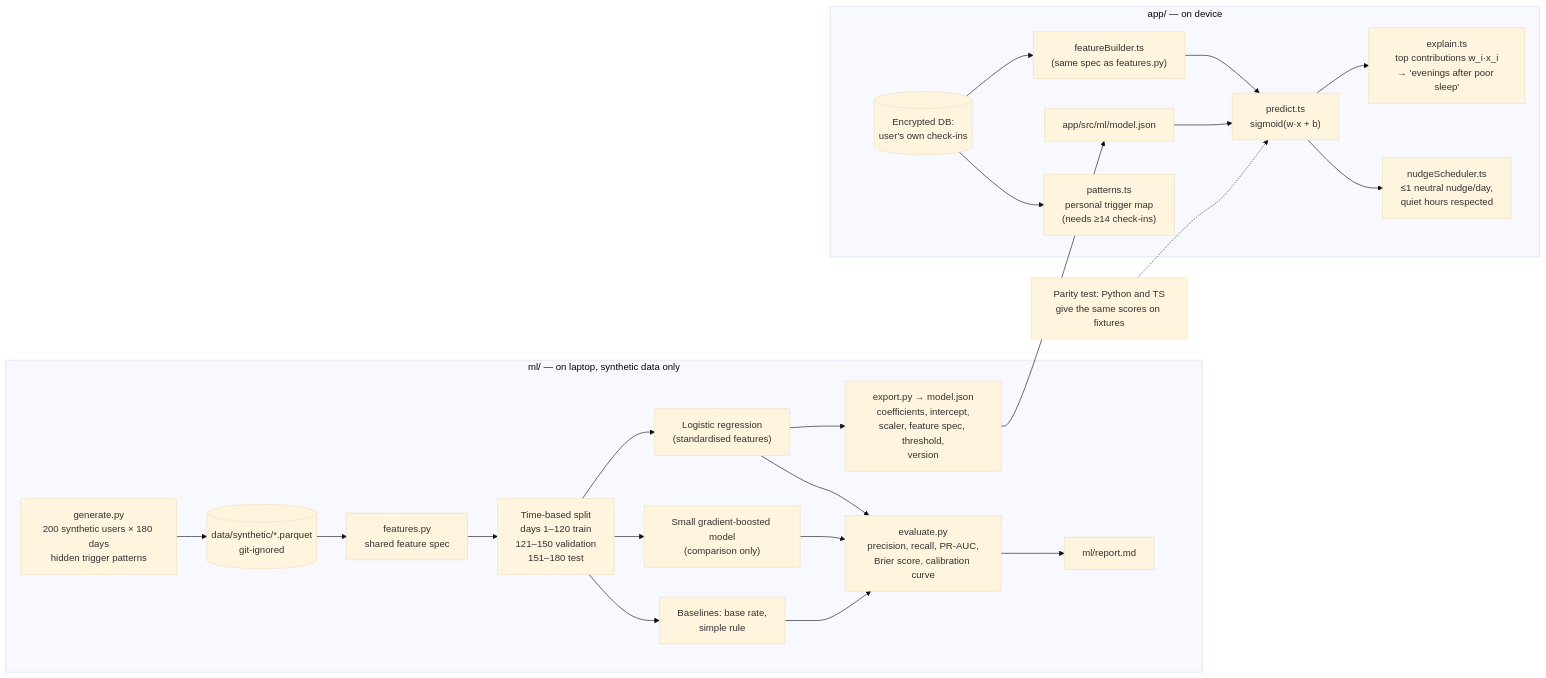
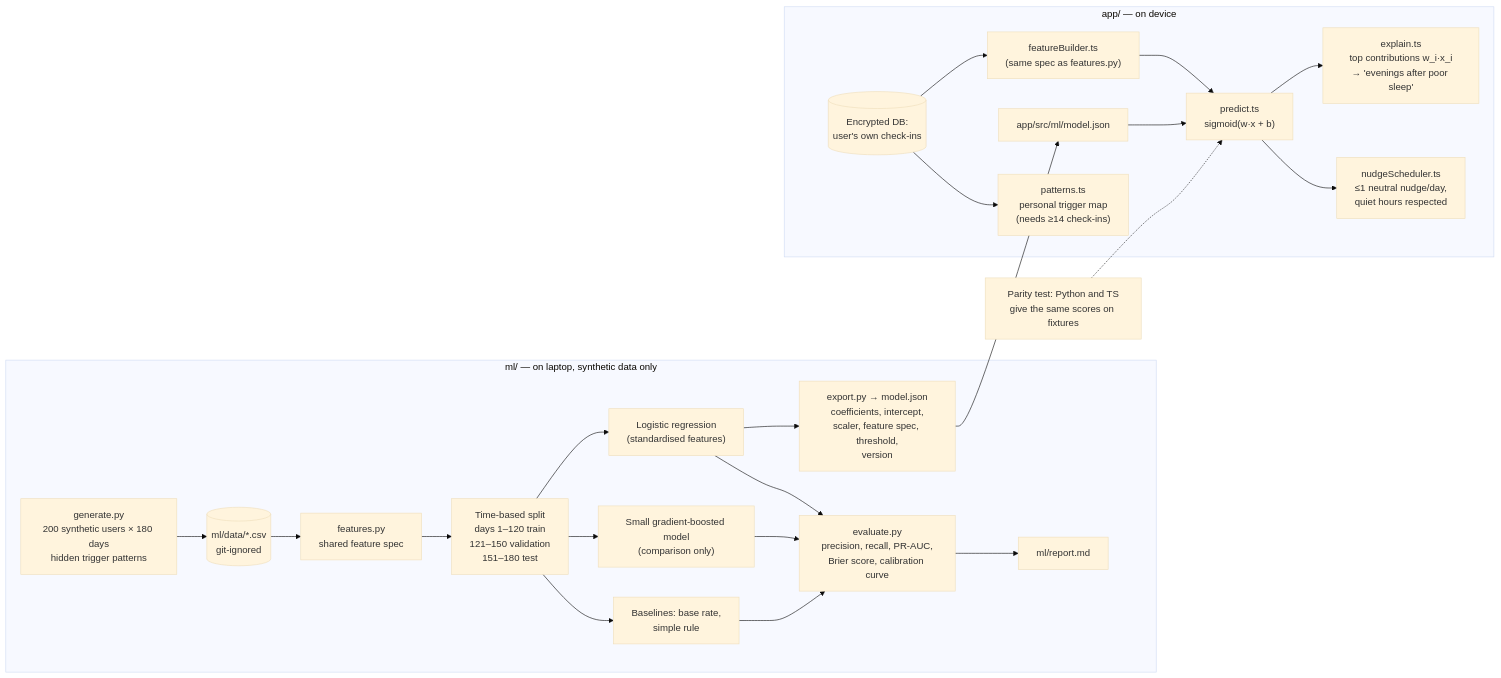
One commit to Irasha-Senarathna/recovery-companion changed the third of 4 diagrams in docs/architecture.md. Above: the diagram before and after it, drawn with Mermaid (base theme). The commit also changed other lines of this file and 110 other files, not shown here.

First line of the commit message:
feat: craving SOS (M3) and daily check-in with synthetic data (M4)

````diff
--- a/docs/architecture.md
+++ b/docs/architecture.md
@@ -148,28 +148,28 @@
 ```mermaid
 flowchart LR
   subgraph ML["ml/ — on laptop, synthetic data only"]
-    G["generate.py<br/>200 synthetic users × 180 days<br/>hidden trigger patterns"] --> D[("data/synthetic/*.parquet<br/>git-ignored")]
+    G["generate.py<br/>200 synthetic users × 180 days<br/>hidden trigger patterns"] --> D[("ml/data/*.csv<br/>git-ignored")]
     D --> F["features.py<br/>shared feature spec"]
     F --> S["Time-based split<br/>days 1–120 train<br/>121–150 validation<br/>151–180 test"]
     S --> LR["Logistic regression<br/>(standardised features)"]
     S --> GB["Small gradient-boosted model<br/>(comparison only)"]
     S --> BL["Baselines: base rate,<br/>simple rule"]
     LR --> E["evaluate.py<br/>precision, recall, PR-AUC,<br/>Brier score, calibration curve"]
     GB --> E
     BL --> E
     E --> R["ml/report.md"]
     LR --> X["export.py → model.json<br/>coefficients, intercept,<br/>scaler, feature spec, threshold,<br/>version"]
   end
 
   subgraph App["app/ — on device"]
     X --> M["app/src/ml/model.json"]
     LOC[("Encrypted DB:<br/>user's own check-ins")] --> FB["featureBuilder.ts<br/>(same spec as features.py)"]
     FB --> INF["predict.ts<br/>sigmoid(w·x + b)"]
     M --> INF
     INF --> EXP["explain.ts<br/>top contributions w_i·x_i<br/>→ 'evenings after poor sleep'"]
     INF --> SCH["nudgeScheduler.ts<br/>≤1 neutral nudge/day,<br/>quiet hours respected"]
     LOC --> PAT["patterns.ts<br/>personal trigger map<br/>(needs ≥14 check-ins)"]
   end
 
   P["Parity test: Python and TS<br/>give the same scores on fixtures"] -.-> INF
 ```
````
